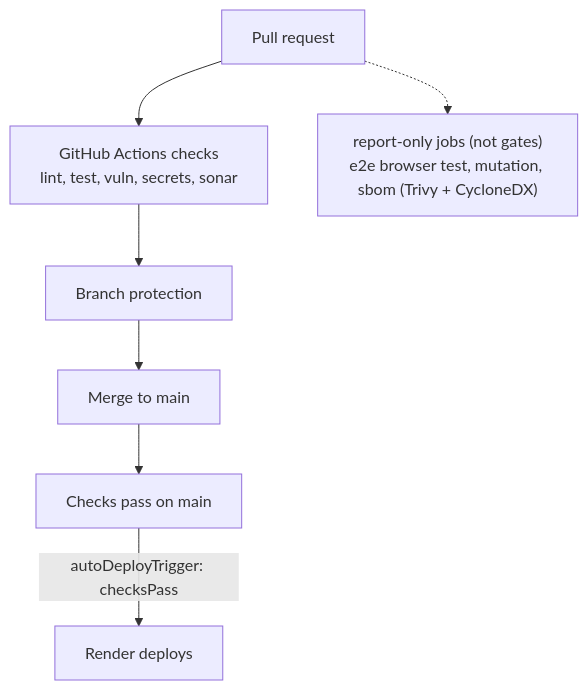
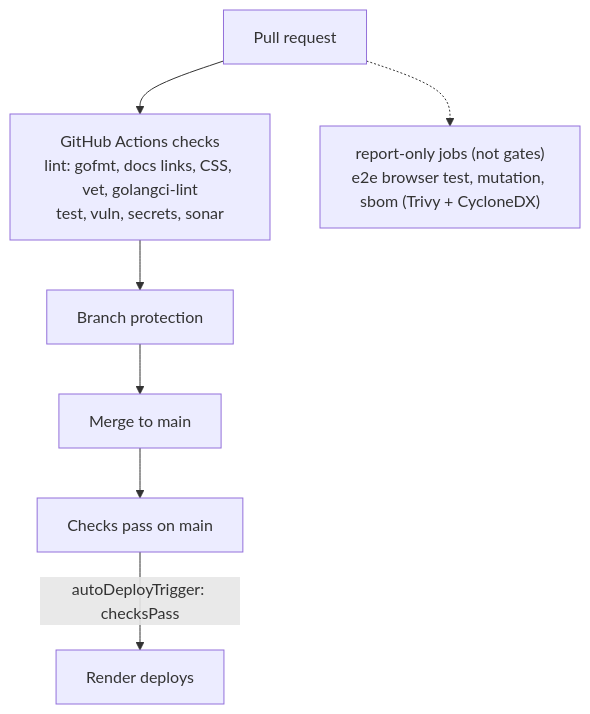
One commit to jlimty/ev-bill changed the third of 3 diagrams in README.md. Above: the diagram before and after it, drawn with Mermaid. The commit also changed other lines of this file and 14 other files, not shown here.

````diff
--- a/README.md
+++ b/README.md
@@ -113,9 +114,9 @@
 ```mermaid
 flowchart TB
-    PR["Pull request"] --> CI["GitHub Actions checks<br/>lint, test, vuln, secrets, sonar"]
+    PR["Pull request"] --> CI["GitHub Actions checks<br/>lint: gofmt, docs links, CSS, vet, golangci-lint<br/>test, vuln, secrets, sonar"]
     PR -.-> REP["report-only jobs (not gates)<br/>e2e browser test, mutation, sbom (Trivy + CycloneDX)"]
     CI --> BP["Branch protection"]
     BP --> MAIN["Merge to main"]
     MAIN --> RCI["Checks pass on main"]
     RCI -->|"autoDeployTrigger: checksPass"| DEP["Render deploys"]
 ```
````
